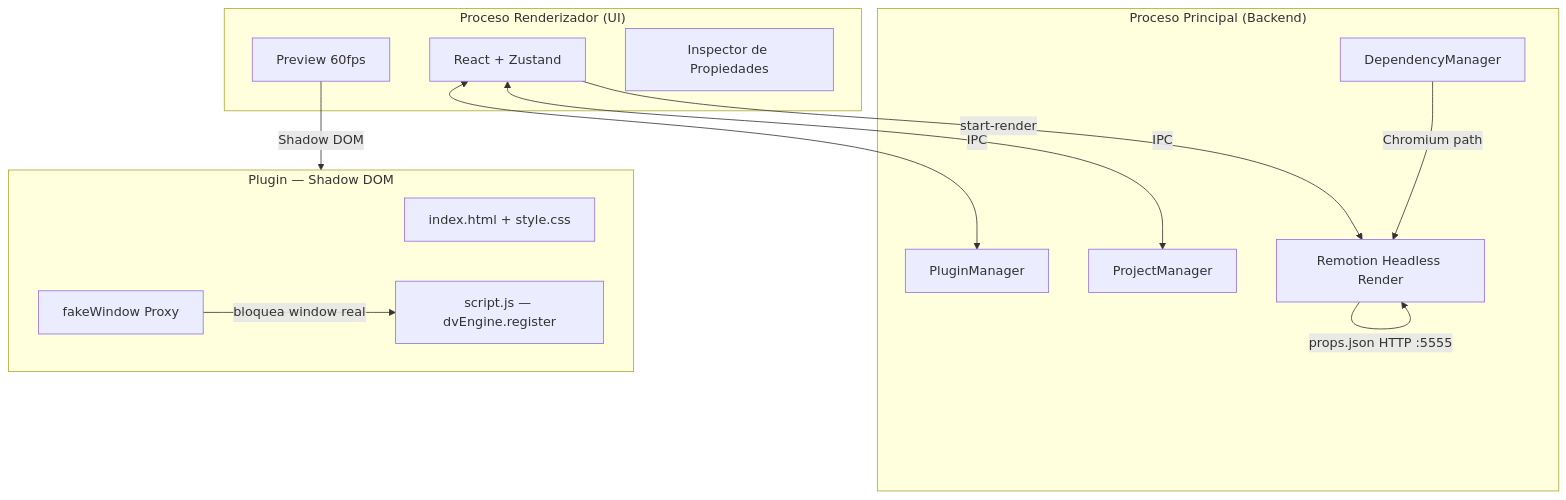
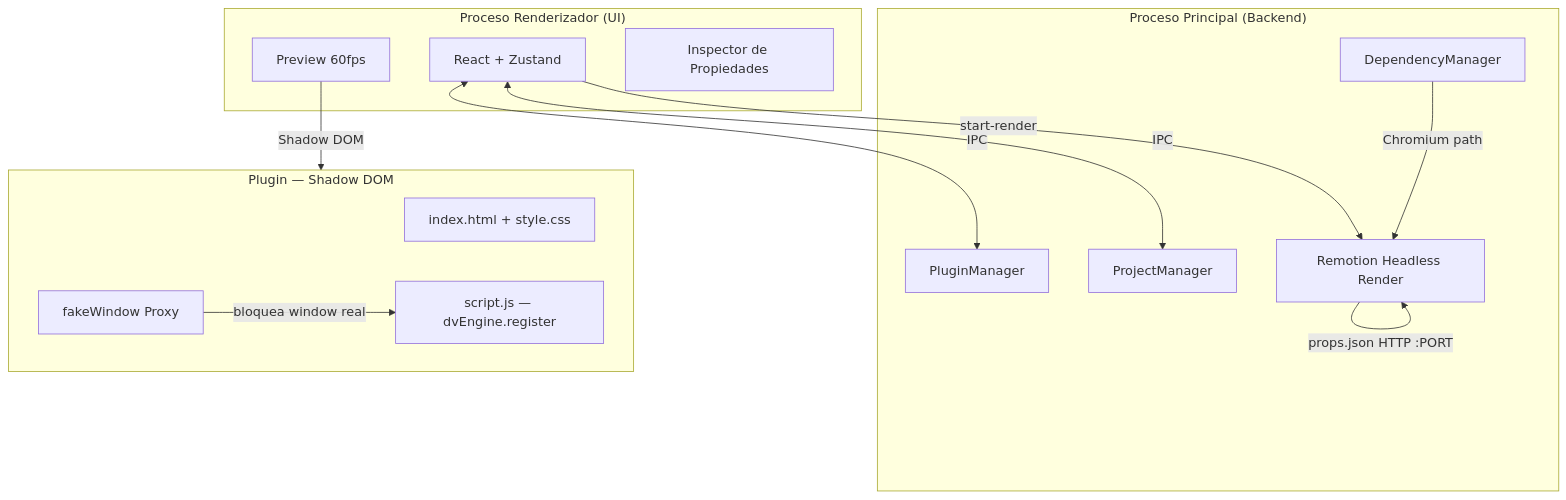
One commit to Mushi-Ayaka/DVGE-Docs changed the diagram in src/content/docs/engine/architecture.md. Above: the diagram before and after it, drawn with Mermaid. The commit also changed other lines of this file and 45 other files, not shown here.

````diff
--- a/src/content/docs/engine/architecture.md
+++ b/src/content/docs/engine/architecture.md
@@ -14,29 +14,29 @@
 ```mermaid
 graph TD
     subgraph Renderer["Proceso Renderizador (UI)"]
         R1["React + Zustand"]
         R2["Preview 60fps"]
         R3["Inspector de Propiedades"]
     end
 
     subgraph Main["Proceso Principal (Backend)"]
         M1["PluginManager"]
         M2["ProjectManager"]
         M3["Remotion Headless Render"]
         M4["DependencyManager"]
     end
 
     subgraph PluginDOM["Plugin — Shadow DOM"]
         P1["index.html + style.css"]
         P2["script.js — dvEngine.register"]
         P3["fakeWindow Proxy"]
     end
 
     R1 <-->|IPC| M1
     R1 <-->|IPC| M2
     R1 -->|start-render| M3
-    M3 -->|props.json HTTP :5555| M3
+    M3 -->|props.json HTTP :PORT| M3
     M4 -->|Chromium path| M3
     R2 -->|Shadow DOM| PluginDOM
     P3 -->|bloquea window real| P2
 ```
````
